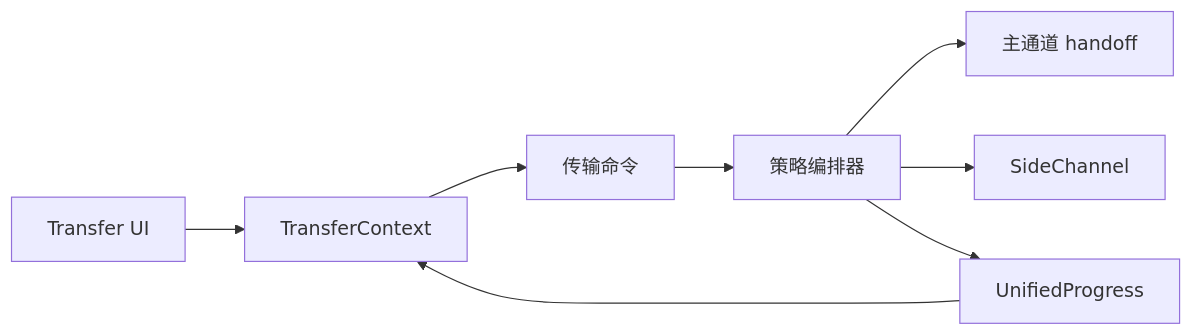
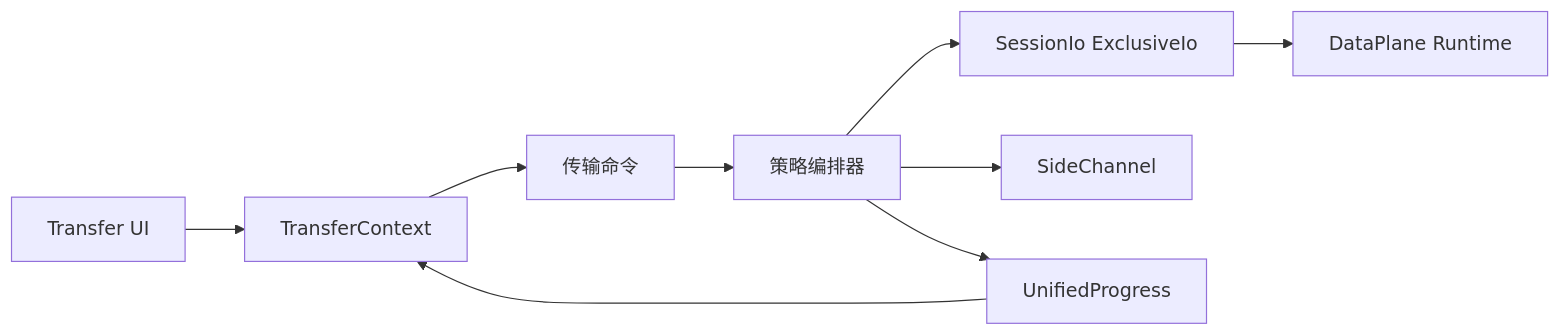
The diagram in docs/modules/TRANSFER.md (hamburger-os/TauTerm), drawn with Mermaid before and after one commit. The commit also changed other lines of this file, not shown here.

Commit message:
docs: document ExclusiveIo transfer ownership

````diff
--- a/docs/modules/TRANSFER.md
+++ b/docs/modules/TRANSFER.md
@@ -29,10 +29,11 @@
 ```mermaid
 flowchart LR
   UI["Transfer UI"] --> Context["TransferContext"]
   Context --> Command["传输命令"]
   Command --> Orchestrator["策略编排器"]
-  Orchestrator --> Inline["主通道 handoff"]
+  Orchestrator --> Inline["SessionIo ExclusiveIo"]
   Orchestrator --> Side["SideChannel"]
   Orchestrator --> Progress["UnifiedProgress"]
+  Inline --> DP["DataPlane Runtime"]
   Progress --> Context
 ```
````
